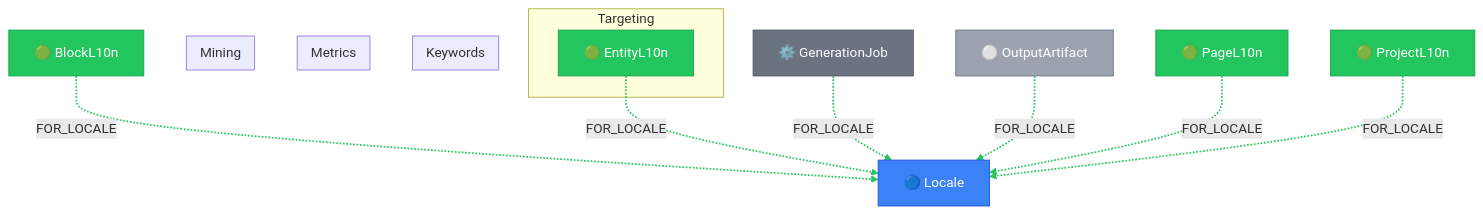
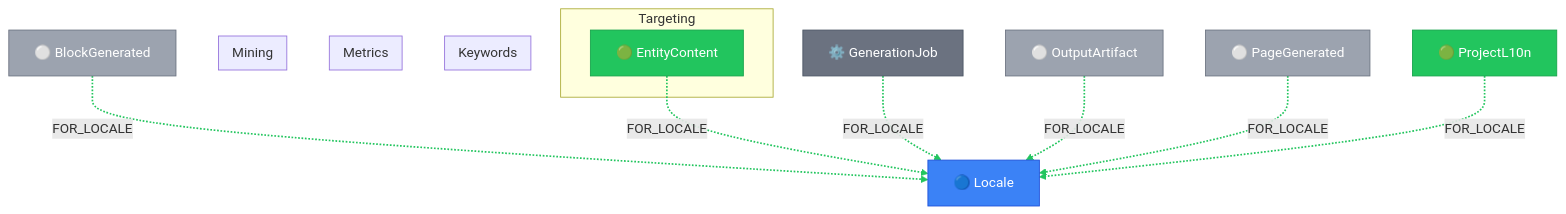
Before and after one commit to supernovae-st/novanet: the diagram in packages/core/models/docs/seo-pipeline.md, drawn with Mermaid. The commit also changed other lines of this file and 20 other files, not shown here.

````diff
--- a/packages/core/models/docs/seo-pipeline.md
+++ b/packages/core/models/docs/seo-pipeline.md
@@ -31,53 +31,53 @@
 ```mermaid
 flowchart TB
   %% View: SEO Pipeline (seo-pipeline)
   %% 7 nodes, 6 arcs
 
   %% Trait styling (node_trait)
   classDef invariant fill:#3b82f6,stroke:#1d4ed8,color:#fff
   classDef localized fill:#22c55e,stroke:#16a34a,color:#fff
   classDef knowledge fill:#8b5cf6,stroke:#7c3aed,color:#fff
   classDef derived fill:#9ca3af,stroke:#6b7280,color:#fff
   classDef job fill:#6b7280,stroke:#4b5563,color:#fff
 
   subgraph KEYWORDS["Keywords"]
   end
 
   subgraph METRICS["Metrics"]
   end
 
   subgraph MINING["Mining"]
   end
 
   subgraph TARGETING["Targeting"]
-    EntityL10n["🟢 EntityL10n"]
+    EntityContent["🟢 EntityContent"]
   end
 
   %% Additional reachable nodes
-  BlockL10n["🟢 BlockL10n"]
+  BlockGenerated["⚪ BlockGenerated"]
   GenerationJob["⚙️ GenerationJob"]
   Locale["🔵 Locale"]
   OutputArtifact["⚪ OutputArtifact"]
-  PageL10n["🟢 PageL10n"]
+  PageGenerated["⚪ PageGenerated"]
   ProjectL10n["🟢 ProjectL10n"]
 
   %% Relationships (styled by arc family)
-  BlockL10n -.->|FOR_LOCALE| Locale
-  EntityL10n -.->|FOR_LOCALE| Locale
+  BlockGenerated -.->|FOR_LOCALE| Locale
+  EntityContent -.->|FOR_LOCALE| Locale
   GenerationJob -.->|FOR_LOCALE| Locale
   OutputArtifact -.->|FOR_LOCALE| Locale
-  PageL10n -.->|FOR_LOCALE| Locale
+  PageGenerated -.->|FOR_LOCALE| Locale
   ProjectL10n -.->|FOR_LOCALE| Locale
 
   %% Arc colors by family
   linkStyle 0,1,2,3,4,5 stroke:#22c55e,stroke-width:2px
 
   %% Class assignments
-  class BlockL10n localized
-  class EntityL10n localized
+  class BlockGenerated derived
+  class EntityContent localized
   class GenerationJob job
   class Locale invariant
   class OutputArtifact derived
-  class PageL10n localized
+  class PageGenerated derived
   class ProjectL10n localized
 ```
````
